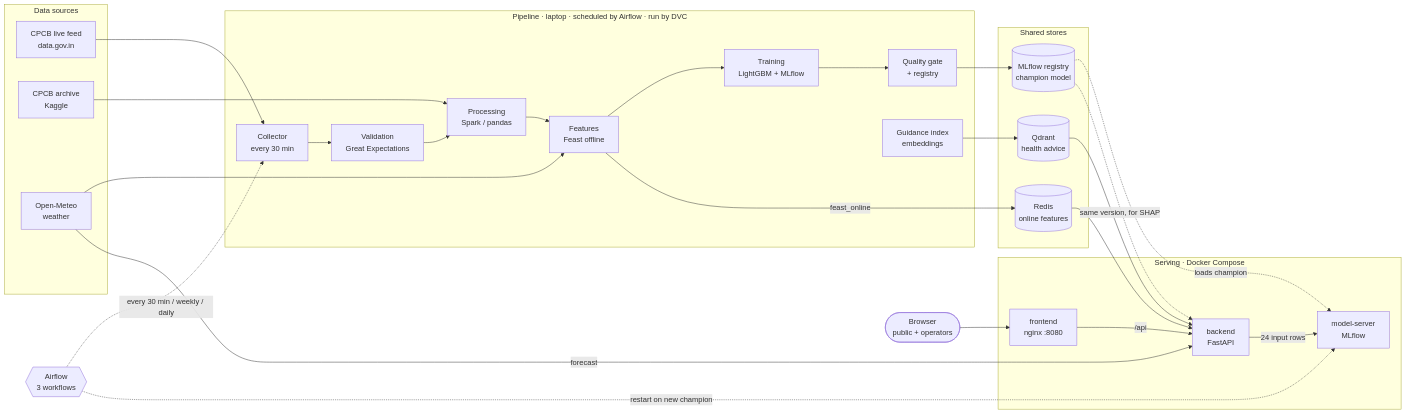
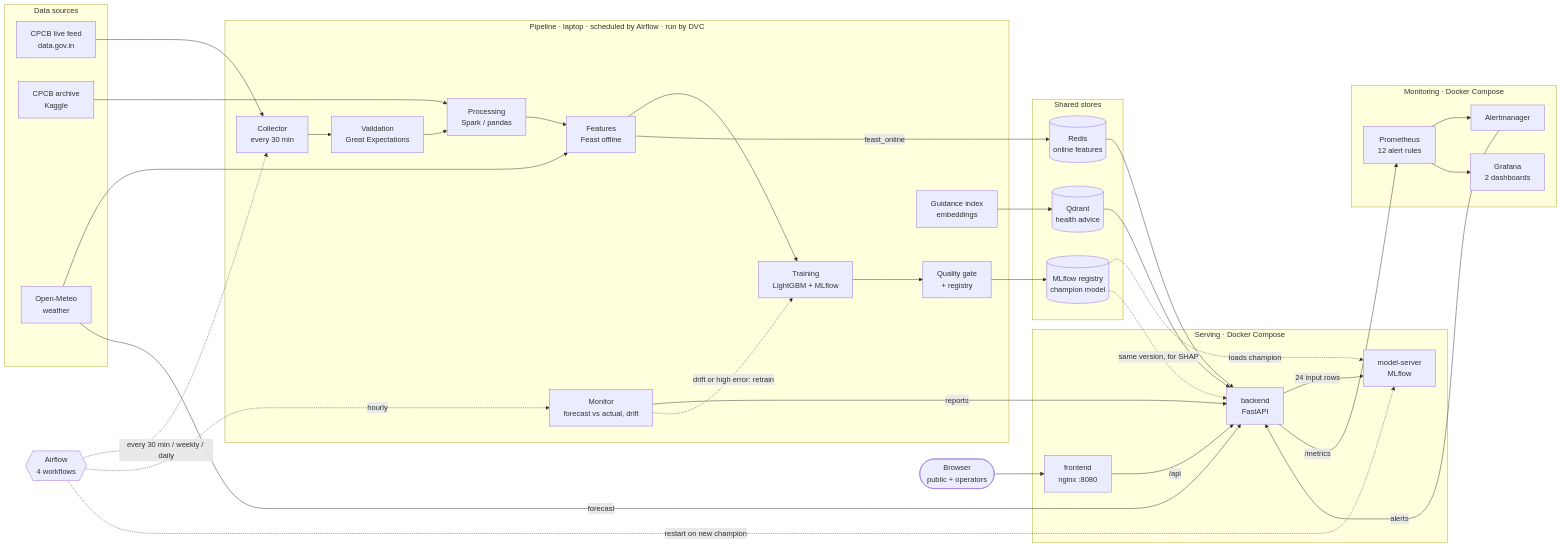
The diagram in docs/architecture.md (VNVSRIHARSHA-GITHUB/airsense), drawn with Mermaid before and after one commit. The commit also changed other lines of this file and 12 other files, not shown here.

````diff
--- a/docs/architecture.md
+++ b/docs/architecture.md
@@ -274,51 +392,65 @@
 ```mermaid
 flowchart LR
     subgraph sources ["Data sources"]
         CPCB["CPCB live feed<br/>data.gov.in"]
         HIST["CPCB archive<br/>Kaggle"]
         OM["Open-Meteo<br/>weather"]
     end
 
     subgraph pipeline ["Pipeline · laptop · scheduled by Airflow · run by DVC"]
         COL["Collector<br/>every 30 min"]
         VAL["Validation<br/>Great Expectations"]
         PROC["Processing<br/>Spark / pandas"]
         FEAT["Features<br/>Feast offline"]
         TRAIN["Training<br/>LightGBM + MLflow"]
         GATE["Quality gate<br/>+ registry"]
         GIDX["Guidance index<br/>embeddings"]
+        MON["Monitor<br/>forecast vs actual, drift"]
         COL --> VAL --> PROC --> FEAT --> TRAIN --> GATE
     end
 
     subgraph stores ["Shared stores"]
         REG[("MLflow registry<br/>champion model")]
         RED[("Redis<br/>online features")]
         QD[("Qdrant<br/>health advice")]
     end
 
     subgraph serving ["Serving · Docker Compose"]
         NG["frontend<br/>nginx :8080"]
         BE["backend<br/>FastAPI"]
         MS["model-server<br/>MLflow"]
         NG -- "/api" --> BE
         BE -- "24 input rows" --> MS
     end
 
+    subgraph monitoring ["Monitoring · Docker Compose"]
+        PR["Prometheus<br/>12 alert rules"]
+        AM["Alertmanager"]
+        GR["Grafana<br/>2 dashboards"]
+        PR --> AM
+        PR --> GR
+    end
+
     USER(["Browser<br/>public + operators"])
-    AF{{"Airflow<br/>3 workflows"}}
+    AF{{"Airflow<br/>4 workflows"}}
     AF -. "every 30 min / weekly / daily" .-> COL
+    AF -. "hourly" .-> MON
     AF -. "restart on new champion" .-> MS
+    BE -- "/metrics" --> PR
+    AM -- "alerts" --> BE
+    MON -- "reports" --> BE
+    MON -. "drift or high error: retrain" .-> TRAIN
 
     CPCB --> COL
     HIST --> PROC
     OM --> FEAT
     GATE --> REG
     FEAT -- "feast_online" --> RED
     GIDX --> QD
     REG -. "loads champion" .-> MS
     REG -. "same version, for SHAP" .-> BE
     RED --> BE
     QD --> BE
     OM -- "forecast" --> BE
     USER --> NG
 ```
````
